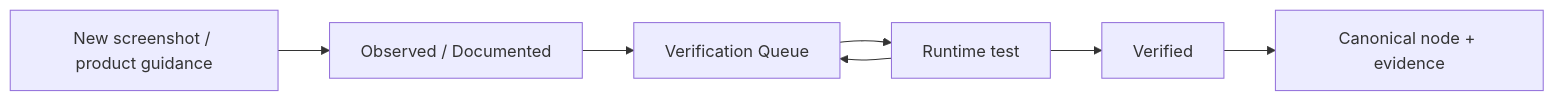
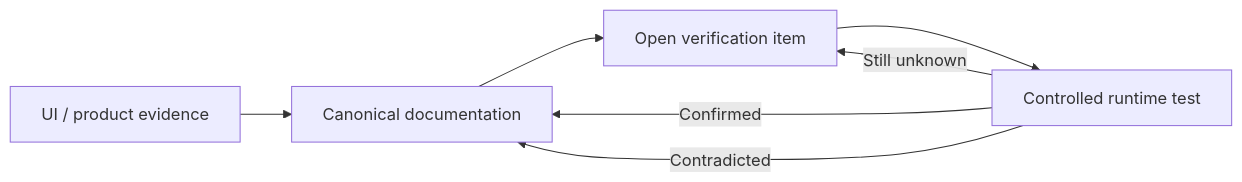
One commit to adityarane-ai/QI-Studio-Playbook changed the diagram in README.md. Above: the diagram before and after it, drawn with Mermaid. The commit also changed other lines of this file, not shown here.

Commit message:
restructure README around canonical evidence and verification model

````diff
--- a/README.md
+++ b/README.md
@@ -93,9 +64,9 @@
 ```mermaid
 flowchart LR
-    E[New screenshot / product guidance] --> O[Observed / Documented]
-    O --> Q[Verification Queue]
-    Q --> T[Runtime test]
-    T --> V[Verified]
-    V --> C[Canonical node + evidence]
-    T --> Q
+    E[UI / product evidence] --> C[Canonical documentation]
+    C --> Q[Open verification item]
+    Q --> T[Controlled runtime test]
+    T -->|Confirmed| C
+    T -->|Still unknown| Q
+    T -->|Contradicted| C
 ```
````
